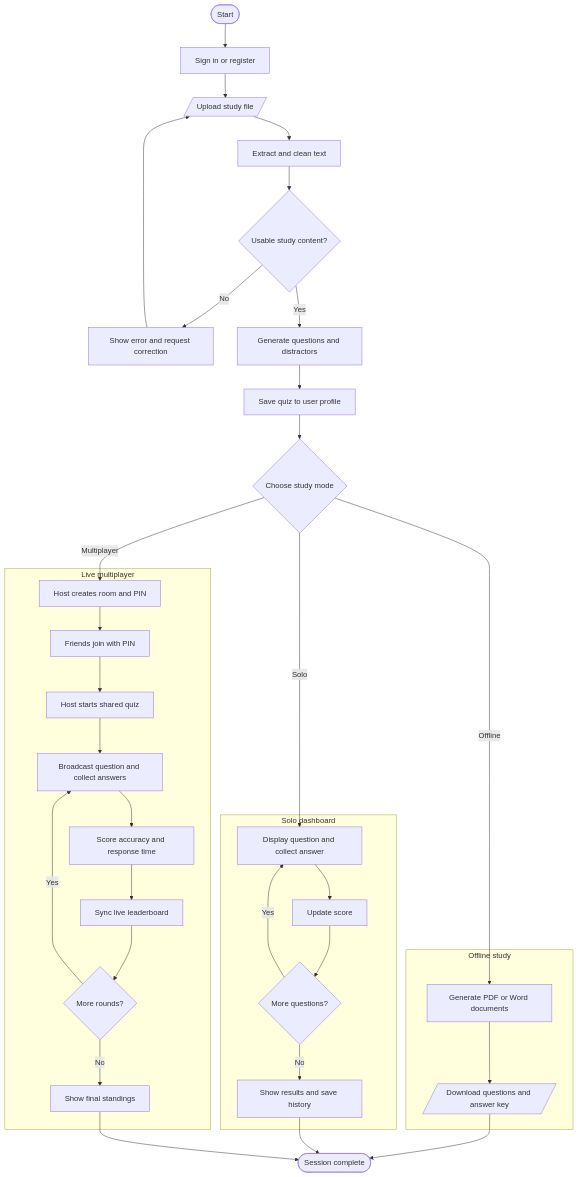
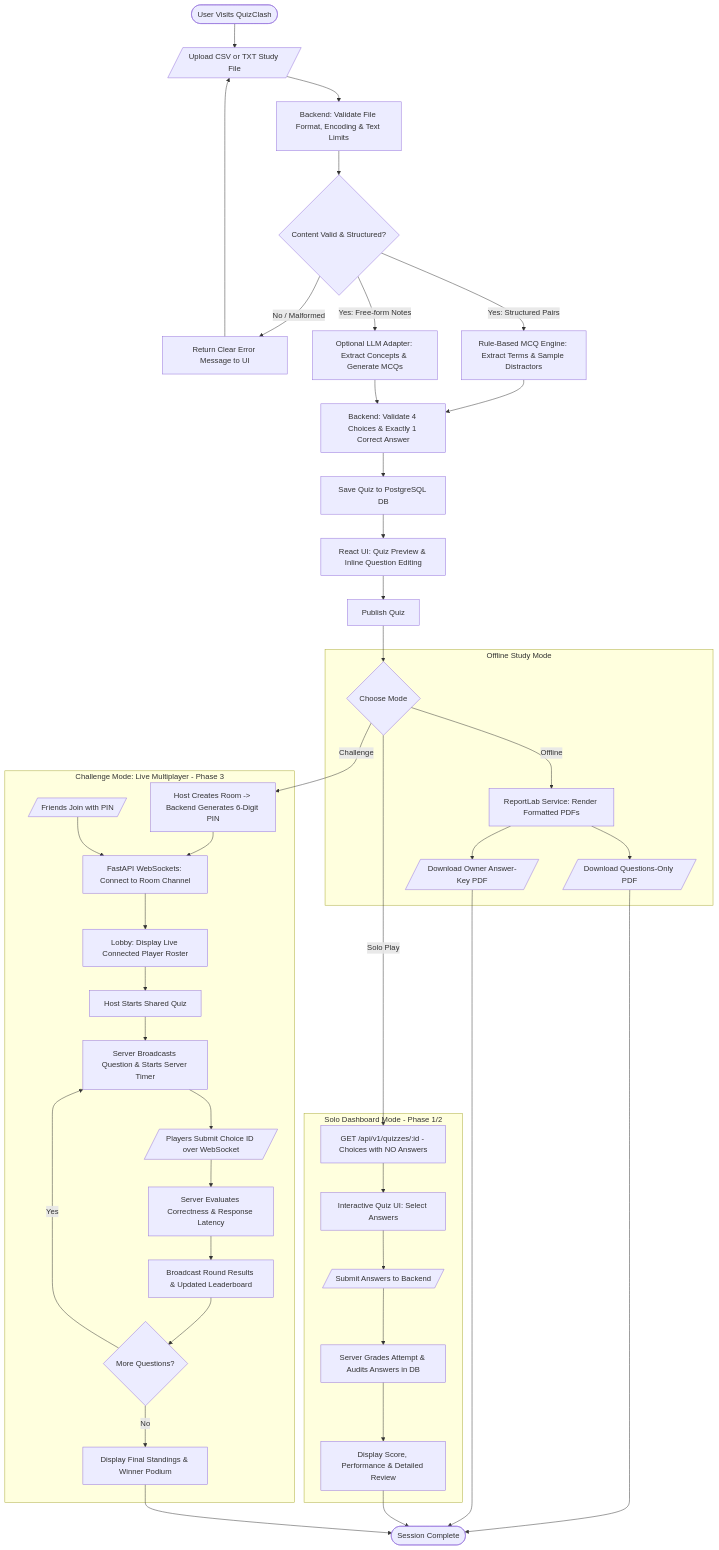
One commit to ctrl-alt-defeat-project-study-group/quiz_clash_frontend changed the diagram in docs/db_&_flowcharts/project-flowchart.md. Above: the diagram before and after it, drawn with Mermaid. The commit also changed other lines of this file and 7 other files, not shown here.

First line of the commit message:
Refactor project documentation and flowcharts for QuizClash

````diff
--- a/docs/db_&_flowcharts/project-flowchart.md
+++ b/docs/db_&_flowcharts/project-flowchart.md
@@ -9,49 +11,54 @@
 ```mermaid
 flowchart TD
-    A([Start]) --> B[Sign in or register]
-    B --> C[/Upload study file/]
-    C --> D[Extract and clean text]
-    D --> E{Usable study content?}
-    E -->|No| F[Show error and request correction]
-    F --> C
-    E -->|Yes| G[Generate questions and distractors]
-    G --> H[Save quiz to user profile]
-    H --> I{Choose study mode}
+    Start([User Visits QuizClash]) --> Upload[/Upload CSV or TXT Study File/]
+    Upload --> ValExt[Backend: Validate File Format, Encoding & Text Limits]
+    ValExt --> ContentCheck{Content Valid & Structured?}
+    ContentCheck -->|No / Malformed| ErrMsg[Return Clear Error Message to UI]
+    ErrMsg --> Upload
 
-    subgraph Offline[Offline study]
-        J[Generate PDF or Word documents]
-        K[/Download questions and answer key/]
-        J --> K
+    ContentCheck -->|Yes: Structured Pairs| RuleGen[Rule-Based MCQ Engine: Extract Terms & Sample Distractors]
+    ContentCheck -->|Yes: Free-form Notes| LLMGen[Optional LLM Adapter: Extract Concepts & Generate MCQs]
+
+    RuleGen --> ValMCQ[Backend: Validate 4 Choices & Exactly 1 Correct Answer]
+    LLMGen --> ValMCQ
+
+    ValMCQ --> SaveDraft[Save Quiz to PostgreSQL DB]
+    SaveDraft --> Preview[React UI: Quiz Preview & Inline Question Editing]
+    Preview --> Publish[Publish Quiz]
+
+    Publish --> ModeChoice{Choose Mode}
+
+    subgraph OfflineMode[Offline Study Mode]
+        ModeChoice -->|Offline| PDFGen[ReportLab Service: Render Formatted PDFs]
+        PDFGen --> Q_PDF[/Download Questions-Only PDF/]
+        PDFGen --> A_PDF[/Download Owner Answer-Key PDF/]
     end
 
-    subgraph Solo[Solo dashboard]
-        L[Display question and collect answer]
-        M[Update score]
-        N{More questions?}
-        O[Show results and save history]
-        L --> M --> N
-        N -->|Yes| L
-        N -->|No| O
+    subgraph SoloMode[Solo Dashboard Mode - Phase 1/2]
+        ModeChoice -->|Solo Play| FetchPlay[GET /api/v1/quizzes/:id - Choices with NO Answers]
+        FetchPlay --> TakeQuiz[Interactive Quiz UI: Select Answers]
+        TakeQuiz --> SubmitAnswers[/Submit Answers to Backend/]
+        SubmitAnswers --> GradeServer[Server Grades Attempt & Audits Answers in DB]
+        GradeServer --> ShowResults[Display Score, Performance & Detailed Review]
     end
 
-    subgraph Multiplayer[Live multiplayer]
-        P[Host creates room and PIN]
-        Q[Friends join with PIN]
-        R[Host starts shared quiz]
-        S[Broadcast question and collect answers]
-        T[Score accuracy and response time]
-        U[Sync live leaderboard]
-        V{More rounds?}
-        W[Show final standings]
-        P --> Q --> R --> S --> T --> U --> V
-        V -->|Yes| S
-        V -->|No| W
+    subgraph ChallengeMode[Challenge Mode: Live Multiplayer - Phase 3]
+        ModeChoice -->|Challenge| HostRoom[Host Creates Room -> Backend Generates 6-Digit PIN]
+        HostRoom --> WS_Connect[FastAPI WebSockets: Connect to Room Channel]
+        FriendsJoin[/Friends Join with PIN/] --> WS_Connect
+        WS_Connect --> Lobby[Lobby: Display Live Connected Player Roster]
+        Lobby --> HostStart[Host Starts Shared Quiz]
+        HostStart --> BroadcastQ[Server Broadcasts Question & Starts Server Timer]
+        BroadcastQ --> PlayersAnswer[/Players Submit Choice ID over WebSocket/]
+        PlayersAnswer --> ServerScore[Server Evaluates Correctness & Response Latency]
+        ServerScore --> LiveSync[Broadcast Round Results & Updated Leaderboard]
+        LiveSync --> MoreRounds{More Questions?}
+        MoreRounds -->|Yes| BroadcastQ
+        MoreRounds -->|No| FinalPodium[Display Final Standings & Winner Podium]
     end
 
-    I -->|Offline| J
-    I -->|Solo| L
-    I -->|Multiplayer| P
-    K --> X([Session complete])
-    O --> X
-    W --> X
+    Q_PDF --> Done([Session Complete])
+    A_PDF --> Done
+    ShowResults --> Done
+    FinalPodium --> Done
 ```
````
